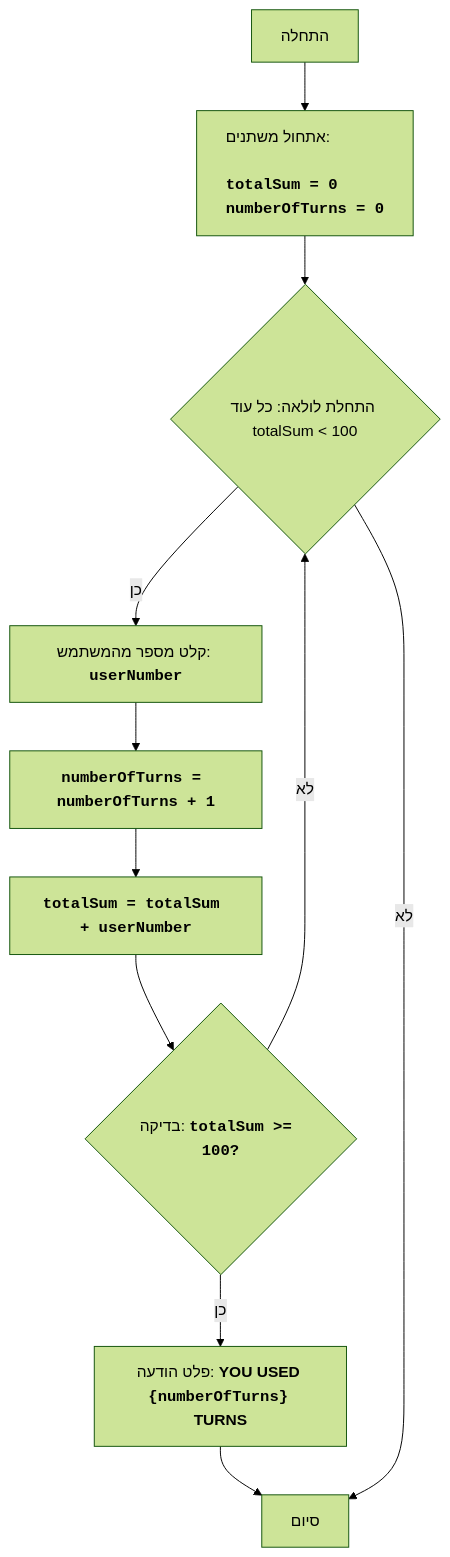
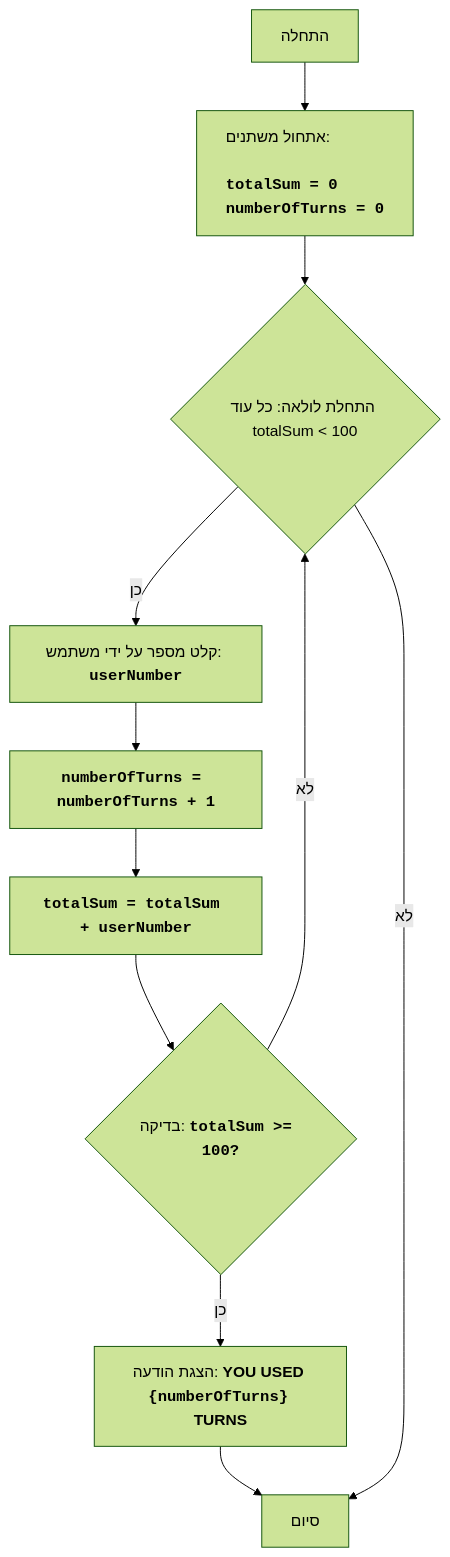
One commit to hypo69/1001-python-he changed the diagram in code/UNSORTED/FIPFOP/README.MD. Above: the diagram before and after it, drawn with Mermaid (forest theme). The commit also changed other lines of this file and 869 other files, not shown here.

````diff
--- a/code/UNSORTED/FIPFOP/README.MD
+++ b/code/UNSORTED/FIPFOP/README.MD
@@ -26,17 +26,17 @@
 ```mermaid
 flowchart TD
     Start["התחלה"] --> InitializeVariables["<p align='left'>אתחול משתנים:
     <code><b>
     totalSum = 0
     numberOfTurns = 0
     </b></code></p>"]
     InitializeVariables --> LoopStart{"התחלת לולאה: כל עוד totalSum < 100"}
-    LoopStart -- כן --> InputNumber["קלט מספר מהמשתמש: <code><b>userNumber</b></code>"]
+    LoopStart -- כן --> InputNumber["קלט מספר על ידי משתמש: <code><b>userNumber</b></code>"]
     InputNumber --> IncreaseTurns["<code><b>numberOfTurns = numberOfTurns + 1</b></code>"]
      IncreaseTurns --> AddNumber["<code><b>totalSum = totalSum + userNumber</b></code>"]
     AddNumber --> CheckSum{"בדיקה: <code><b>totalSum >= 100?</b></code>"}
-    CheckSum -- כן --> OutputTurns["פלט הודעה: <b>YOU USED <code>{numberOfTurns}</code> TURNS</b>"]
+    CheckSum -- כן --> OutputTurns["הצגת הודעה: <b>YOU USED <code>{numberOfTurns}</code> TURNS</b>"]
     OutputTurns --> End["סיום"]
      CheckSum -- לא --> LoopStart
     LoopStart -- לא --> End
 ```
````
